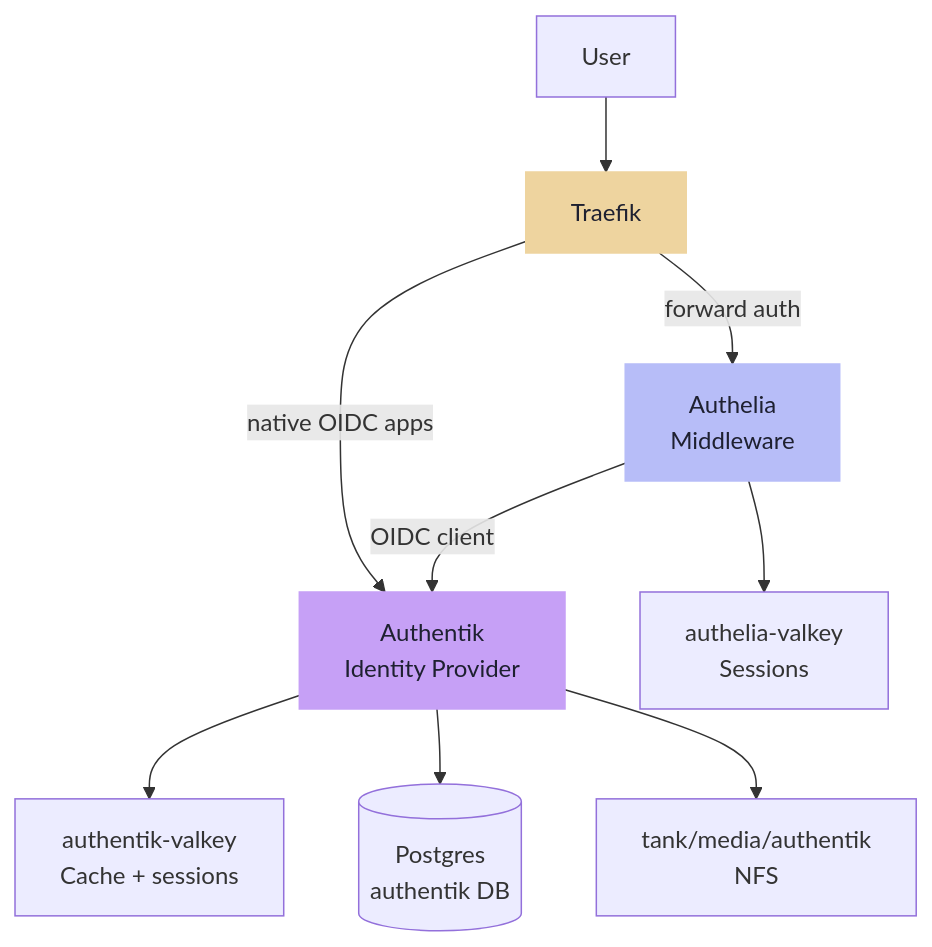
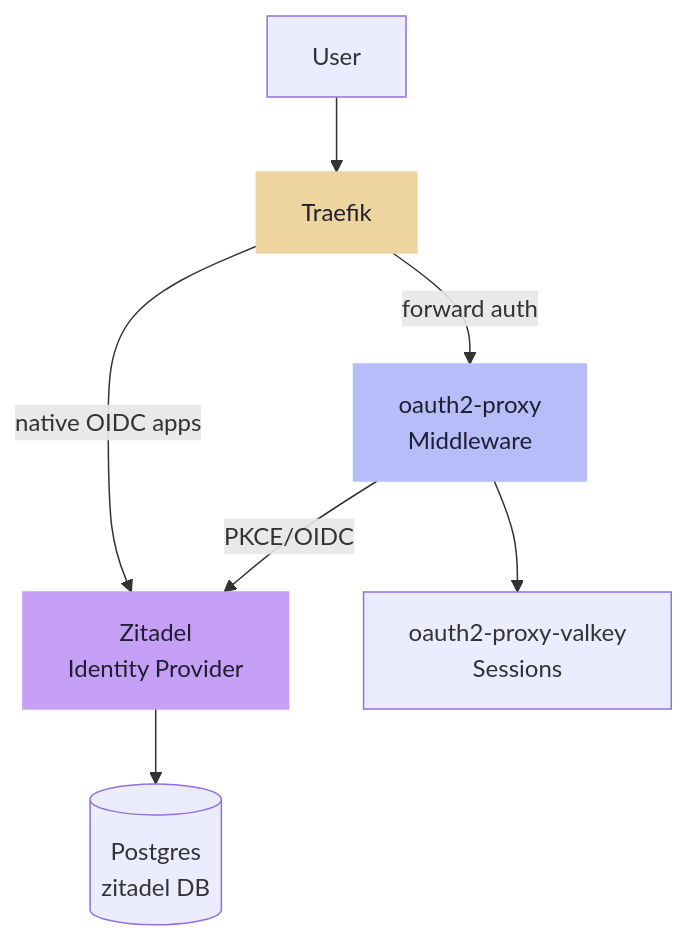
One commit to lucid-void/homelab changed the third of 3 diagrams in docs/operations/security.md. Above: the diagram before and after it, drawn with Mermaid. The commit also changed other lines of this file and 6 other files, not shown here.

````diff
--- a/docs/operations/security.md
+++ b/docs/operations/security.md
@@ -82,17 +81,15 @@
 ```mermaid
 graph TB
     U[User] --> TF[Traefik]
 
-    TF -->|native OIDC apps| AK[Authentik<br/>Identity Provider]
-    TF -->|forward auth| AL[Authelia<br/>Middleware]
-    AL -->|OIDC client| AK
+    TF -->|native OIDC apps| ZI[Zitadel<br/>Identity Provider]
+    TF -->|forward auth| OP[oauth2-proxy<br/>Middleware]
+    OP -->|PKCE/OIDC| ZI
 
-    AK --> AK_V[authentik-valkey<br/>Cache + sessions]
-    AK --> AK_DB[(Postgres<br/>authentik DB)]
-    AK --> AK_DATA[tank/media/authentik<br/>NFS]
-    AL --> AL_V[authelia-valkey<br/>Sessions]
+    ZI --> ZI_DB[(Postgres<br/>zitadel DB)]
+    OP --> OP_V[oauth2-proxy-valkey<br/>Sessions]
 
-    style AK fill:#c6a0f6,stroke:#c6a0f6,color:#1e2030
-    style AL fill:#b7bdf8,stroke:#b7bdf8,color:#1e2030
+    style ZI fill:#c6a0f6,stroke:#c6a0f6,color:#1e2030
+    style OP fill:#b7bdf8,stroke:#b7bdf8,color:#1e2030
     style TF fill:#eed49f,stroke:#eed49f,color:#1e2030
 ```
````
